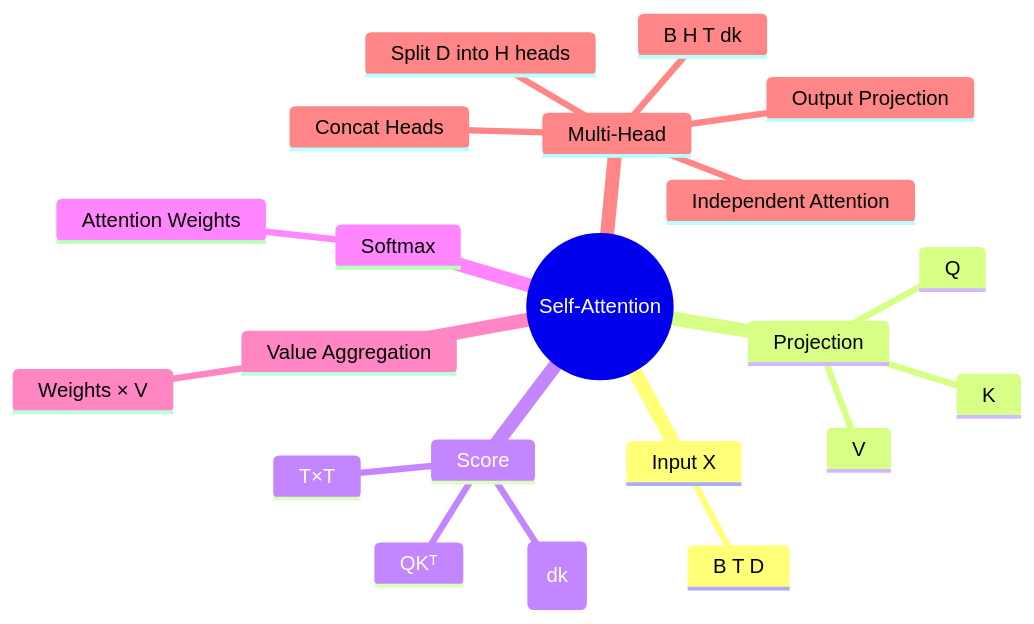
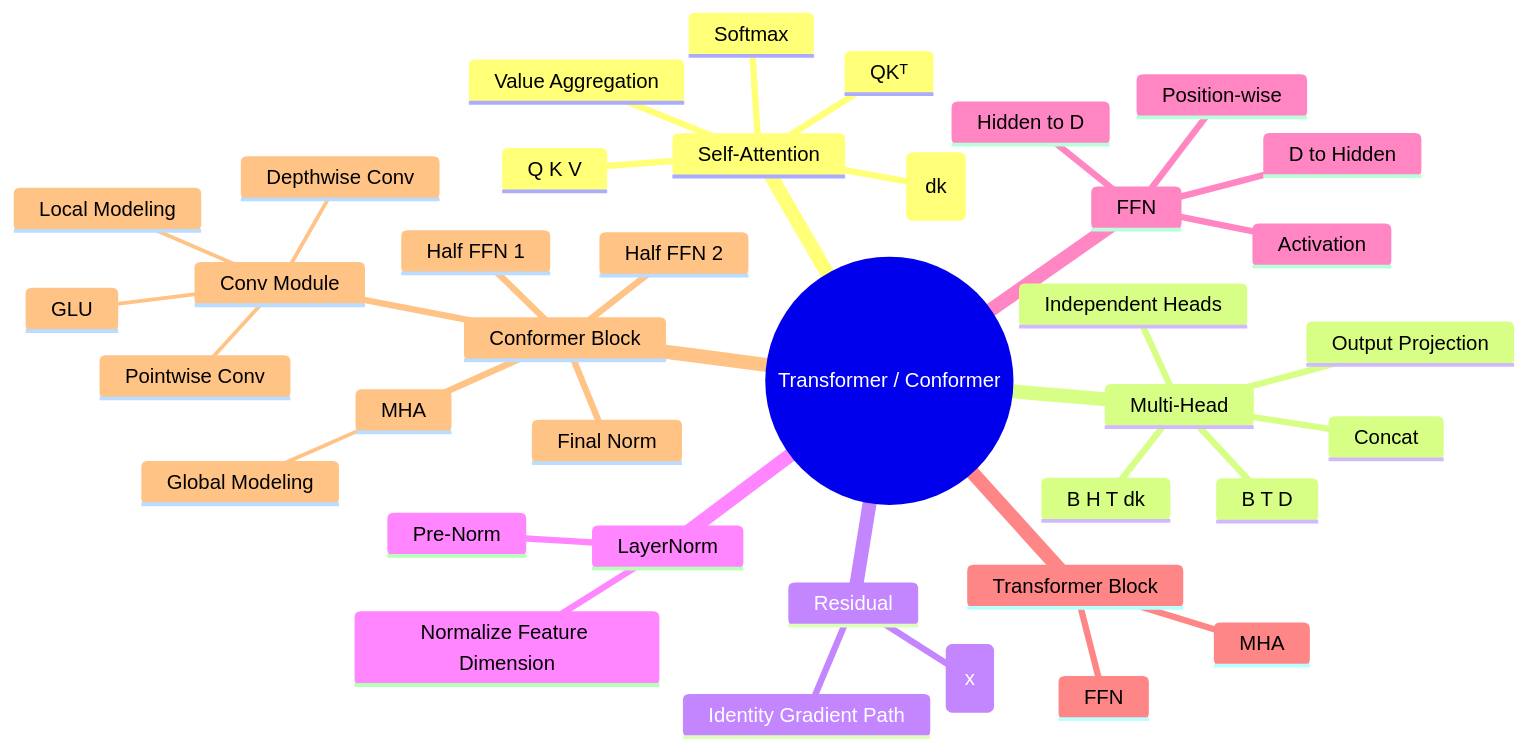
Before and after one commit to Ranbot1/ASR-learning: the diagram in notes/day3-transformer-attention.md, drawn with Mermaid. The commit also changed other lines of this file, not shown here.

Commit message:
Update Day 3 with Transformer and Conformer blocks

````diff
--- a/notes/day3-transformer-attention.md
+++ b/notes/day3-transformer-attention.md
@@ -350,24 +919,41 @@
 ```mermaid
 mindmap
-  root((Self-Attention))
-    Input X
+  root((Transformer / Conformer))
+    Self-Attention
+      Q K V
+      QKᵀ
+      Scale sqrt(dk)
+      Softmax
+      Value Aggregation
+    Multi-Head
       B T D
-    Projection
-      Q
-      K
-      V
-    Score
-      QKᵀ
-      T×T
-      divide sqrt(dk)
-    Softmax
-      Attention Weights
-    Value Aggregation
-      Weights × V
-    Multi-Head
-      Split D into H heads
       B H T dk
-      Independent Attention
-      Concat Heads
+      Independent Heads
+      Concat
       Output Projection
+    Residual
+      x + F(x)
+      Identity Gradient Path
+    LayerNorm
+      Normalize Feature Dimension
+      Pre-Norm
+    FFN
+      D to Hidden
+      Activation
+      Hidden to D
+      Position-wise
+    Transformer Block
+      MHA
+      FFN
+    Conformer Block
+      Half FFN 1
+      MHA
+        Global Modeling
+      Conv Module
+        Pointwise Conv
+        GLU
+        Depthwise Conv
+        Local Modeling
+      Half FFN 2
+      Final Norm
 ```
````
